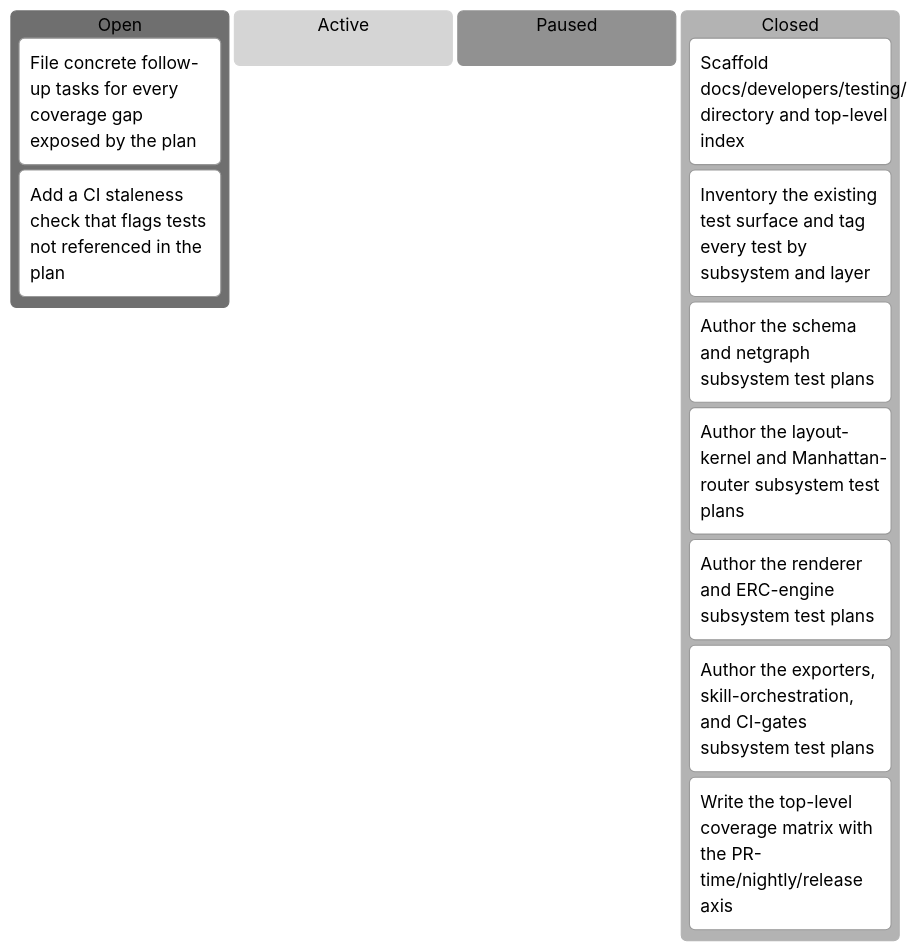
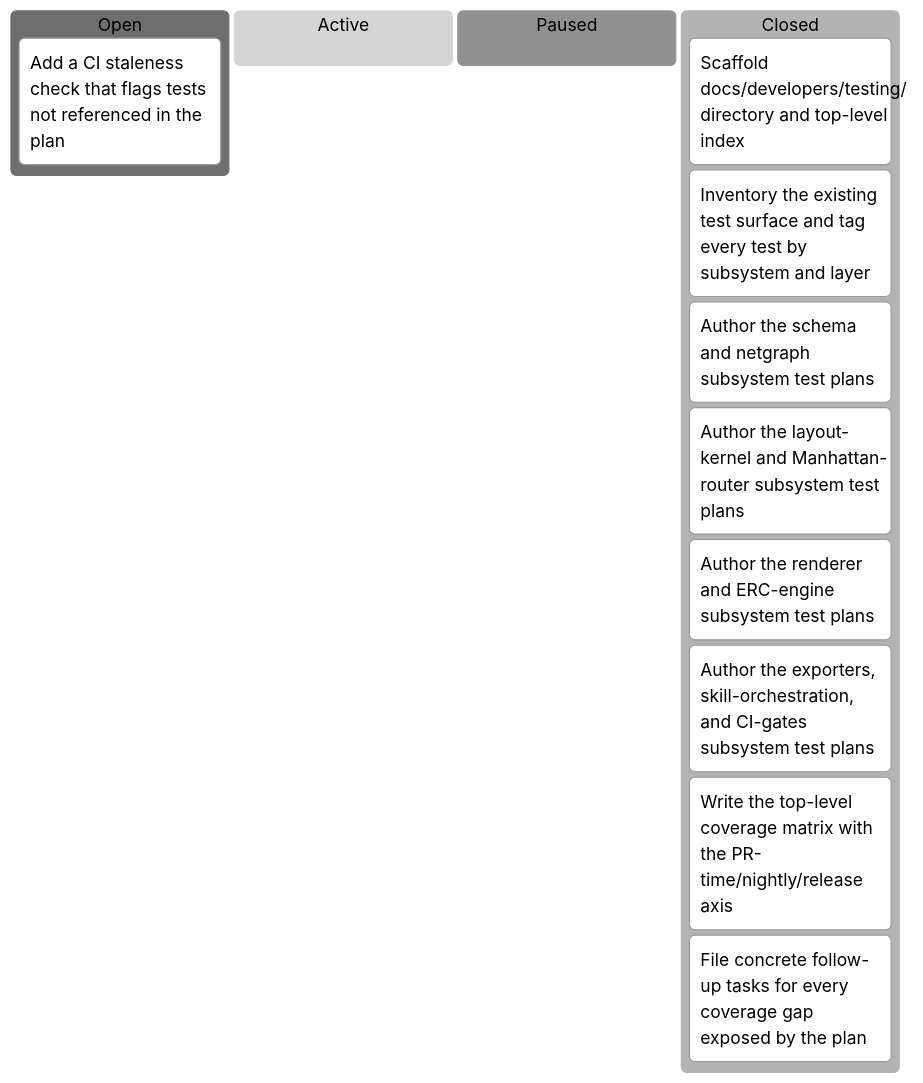
The third of 4 diagrams in docs/developers/tasks/KANBAN.md (tgd1975/CircuitSmith), drawn with Mermaid (neutral theme) before and after one commit. The commit also changed other lines of this file and 9 other files, not shown here.

First line of the commit message:
close TASK-090: triage coverage gaps into follow-up tasks and ideas

````diff
--- a/docs/developers/tasks/KANBAN.md
+++ b/docs/developers/tasks/KANBAN.md
@@ -53,16 +53,16 @@
 ```mermaid
 kanban
   Open
-    TASK_090["File concrete follow-up tasks for every coverage gap exposed by the plan"]
     TASK_091["Add a CI staleness check that flags tests not referenced in the plan"]
   Active
   Paused
   Closed
     TASK_083["Scaffold docs/developers/testing/ directory and top-level index"]
     TASK_084["Inventory the existing test surface and tag every test by subsystem and layer"]
     TASK_085["Author the schema and netgraph subsystem test plans"]
     TASK_086["Author the layout-kernel and Manhattan-router subsystem test plans"]
     TASK_087["Author the renderer and ERC-engine subsystem test plans"]
     TASK_088["Author the exporters, skill-orchestration, and CI-gates subsystem test plans"]
     TASK_089["Write the top-level coverage matrix with the PR-time/nightly/release axis"]
+    TASK_090["File concrete follow-up tasks for every coverage gap exposed by the plan"]
 ```
````
